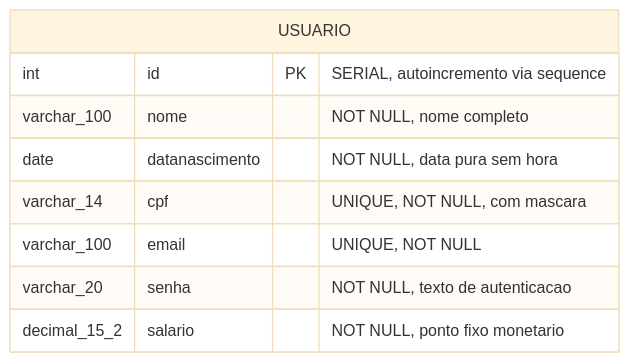
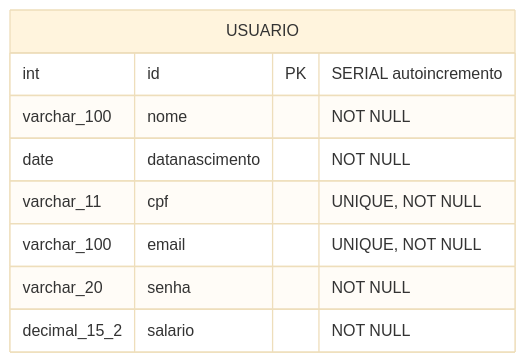
Before and after one commit to murilolol/unifef: diagram 11 of 26 in 3º Semestre/[Prof. Jefferson Passerini] Laboratório de Programação III/Resumos-IA/Simulados-Comentados.md, drawn with Mermaid (base theme). The commit also changed other lines of this file and 10 other files, not shown here.

````diff
--- a/3º Semestre/[Prof. Jefferson Passerini] Laboratório de Programação III/Resumos-IA/Simulados-Comentados.md
+++ b/3º Semestre/[Prof. Jefferson Passerini] Laboratório de Programação III/Resumos-IA/Simulados-Comentados.md
@@ -357,12 +586,12 @@
 ```mermaid
 erDiagram
-    USUARIO {
-        int id PK "SERIAL, autoincremento via sequence"
-        varchar_100 nome "NOT NULL, nome completo"
-        date datanascimento "NOT NULL, data pura sem hora"
-        varchar_14 cpf "UNIQUE, NOT NULL, com mascara"
-        varchar_100 email "UNIQUE, NOT NULL"
-        varchar_20 senha "NOT NULL, texto de autenticacao"
-        decimal_15_2 salario "NOT NULL, ponto fixo monetario"
-    }
+  USUARIO {
+    int id PK "SERIAL autoincremento"
+    varchar_100 nome "NOT NULL"
+    date datanascimento "NOT NULL"
+    varchar_11 cpf "UNIQUE, NOT NULL"
+    varchar_100 email "UNIQUE, NOT NULL"
+    varchar_20 senha "NOT NULL"
+    decimal_15_2 salario "NOT NULL"
+  }
 ```
````
